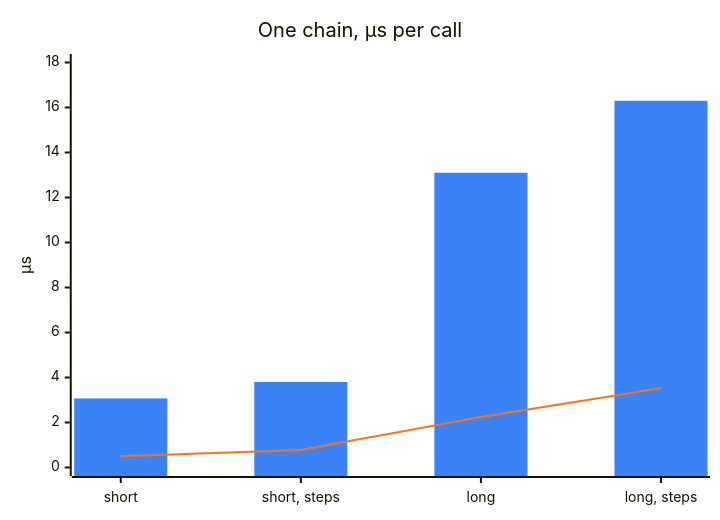
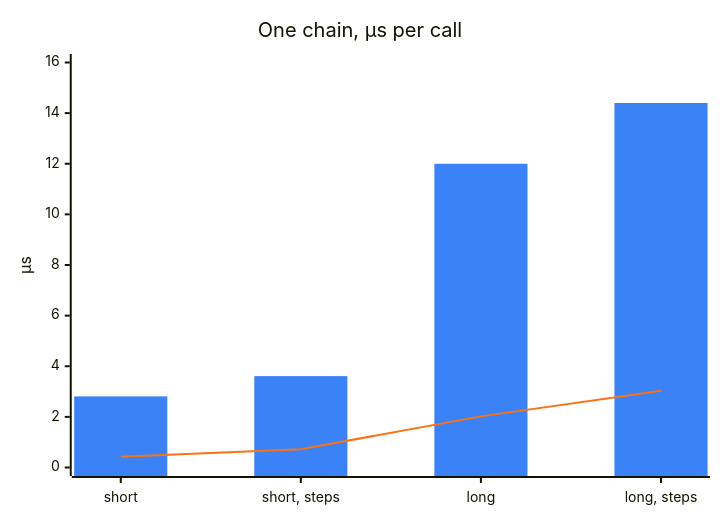
One commit to DyHex/POMWright changed the first of 4 diagrams in website/src/content/docs/internal/performance.md. Above: the diagram before and after it, drawn with Mermaid. The commit also changed other lines of this file and 1 other file, not shown here.

````diff
--- a/website/src/content/docs/internal/performance.md
+++ b/website/src/content/docs/internal/performance.md
@@ -58,9 +83,9 @@
 ```mermaid
 %%{init: {"themeVariables": {"xyChart": {"plotColorPalette": "#3b82f6, #f97316"}}}}%%
 xychart-beta
   title "One chain, µs per call"
   x-axis ["short", "short, steps", "long", "long, steps"]
-  y-axis "µs" 0 --> 18
-  bar [3.07, 3.8, 13.1, 16.3]
-  line [0.504, 0.781, 2.24, 3.53]
+  y-axis "µs" 0 --> 16
+  bar [2.81, 3.61, 12.0, 14.4]
+  line [0.426, 0.721, 2.02, 3.03]
 ```
````
